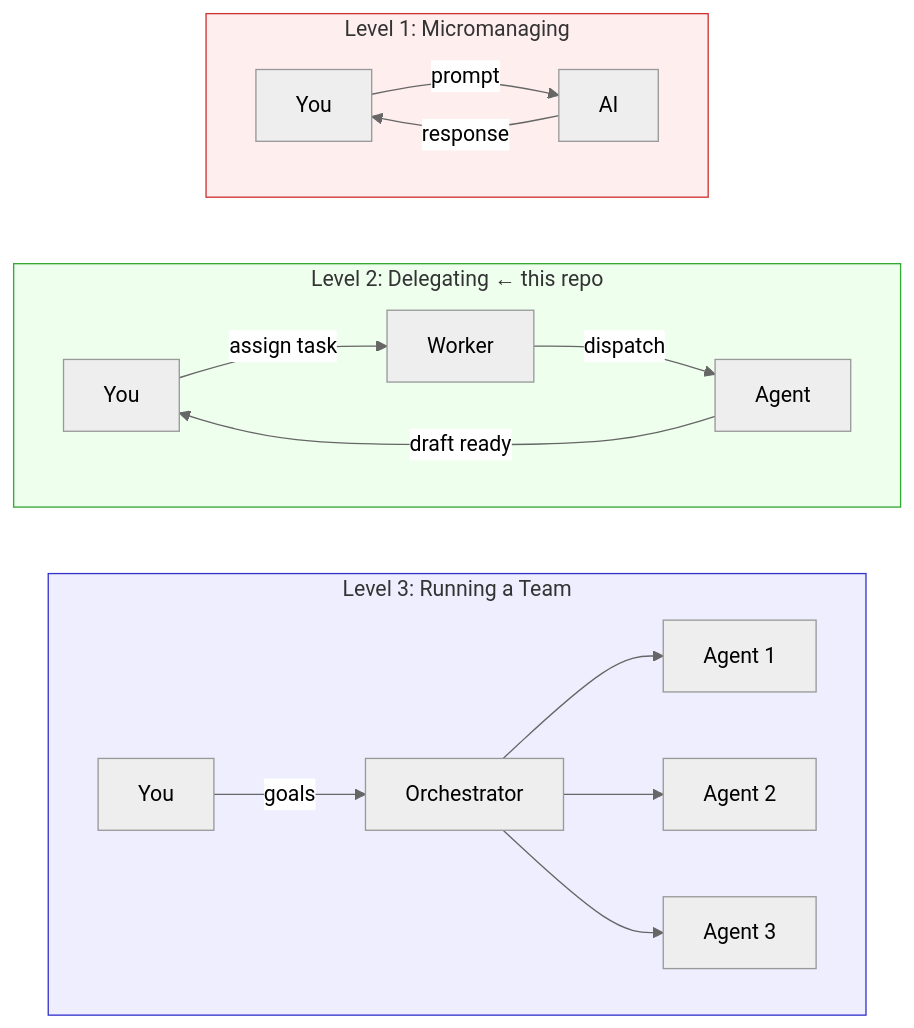
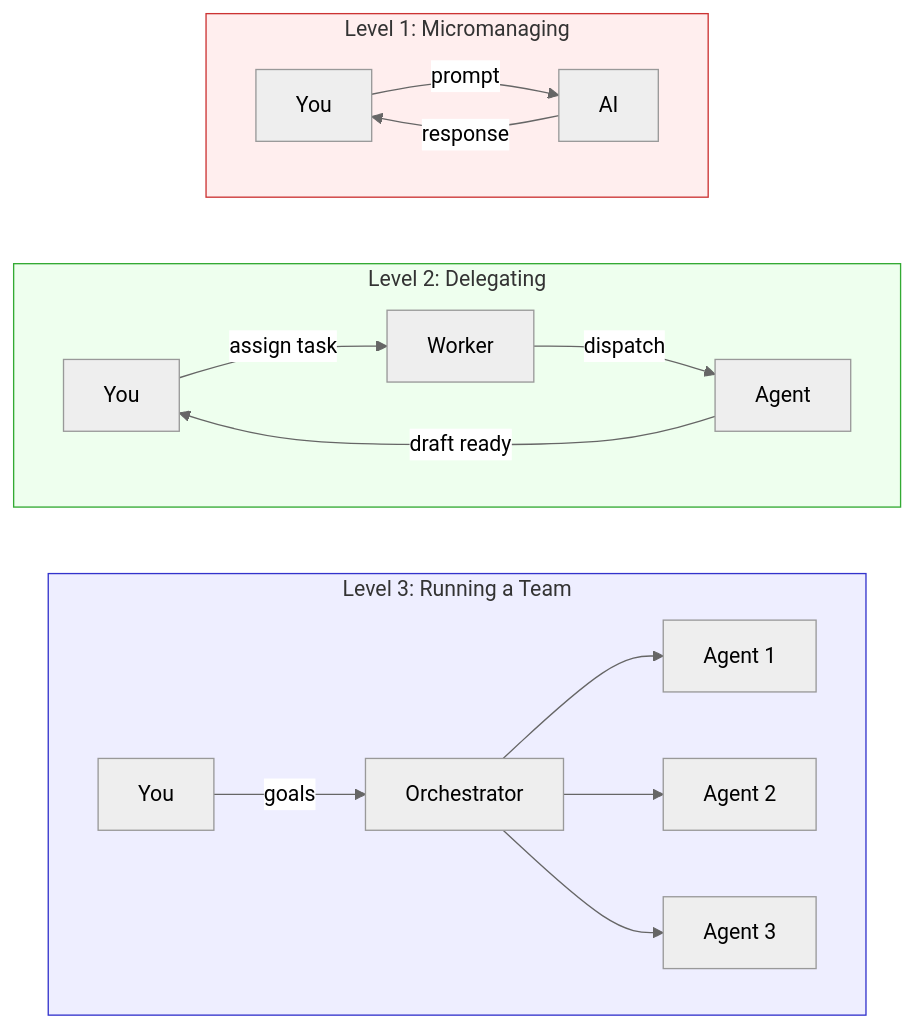
One commit to owainlewis/agent-workers changed the first of 3 diagrams in docs/tutorial.md. Above: the diagram before and after it, drawn with Mermaid (neutral theme).

Commit message:
Shorten level 2 diagram label

````diff
--- a/docs/tutorial.md
+++ b/docs/tutorial.md
@@ -19,29 +19,29 @@
 ```mermaid
 graph TD
     subgraph L1["Level 1: Micromanaging"]
         direction LR
         A1["You"] -- "prompt" --> A2["AI"]
         A2 -- "response" --> A1
     end
 
-    subgraph L2["Level 2: Delegating ← this repo"]
+    subgraph L2["Level 2: Delegating"]
         direction LR
         B1["You"] -- "assign task" --> B2["Worker"]
         B2 -- "dispatch" --> B3["Agent"]
         B3 -- "draft ready" --> B1
     end
 
     subgraph L3["Level 3: Running a Team"]
         direction LR
         C1["You"] -- "goals" --> C2["Orchestrator"]
         C2 --> C3["Agent 1"]
         C2 --> C4["Agent 2"]
         C2 --> C5["Agent 3"]
     end
 
     L1 ~~~ L2 ~~~ L3
 
     style L1 fill:#fee,stroke:#c33
     style L2 fill:#efe,stroke:#3a3
     style L3 fill:#eef,stroke:#33c
 ```
````
